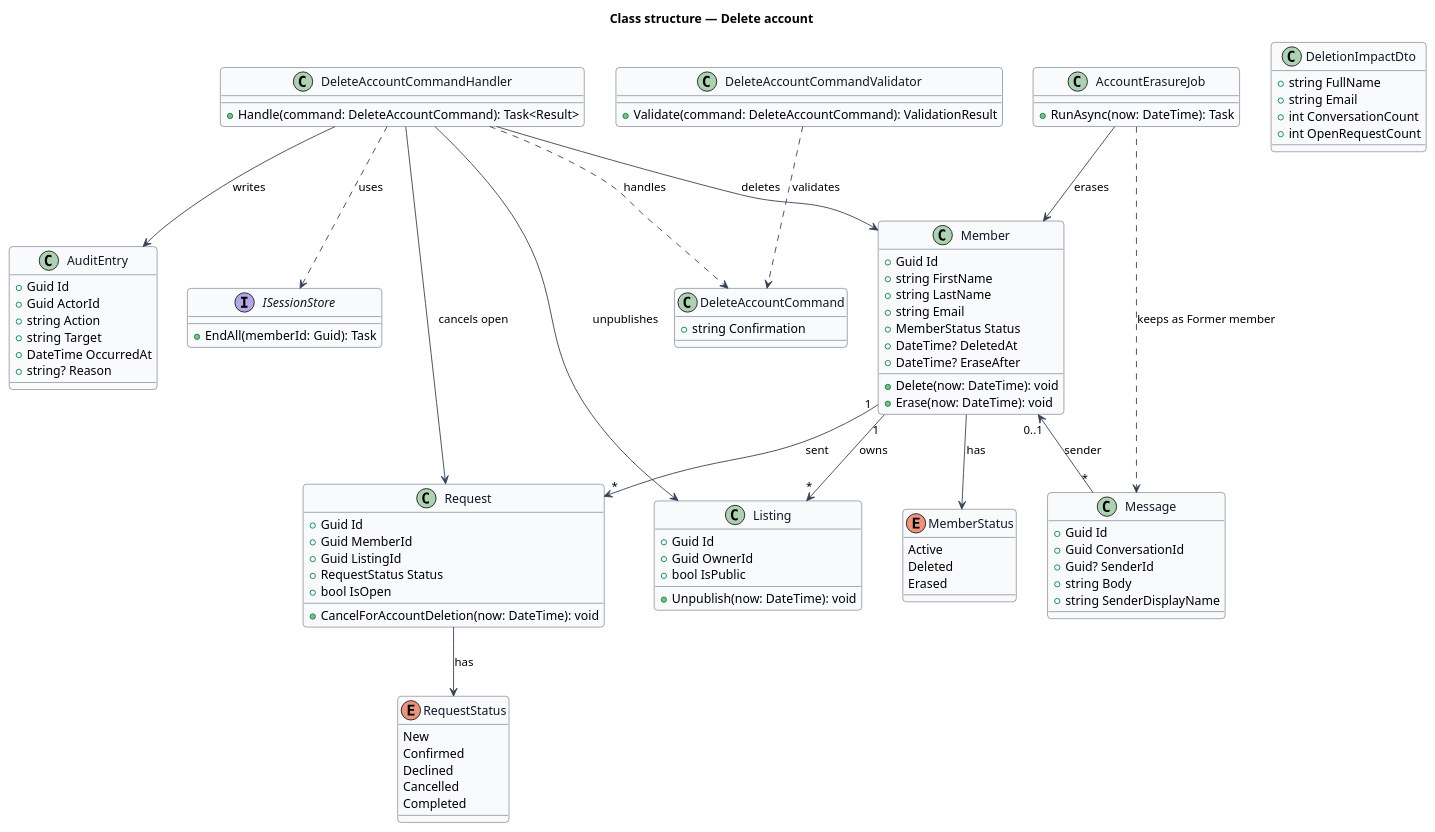
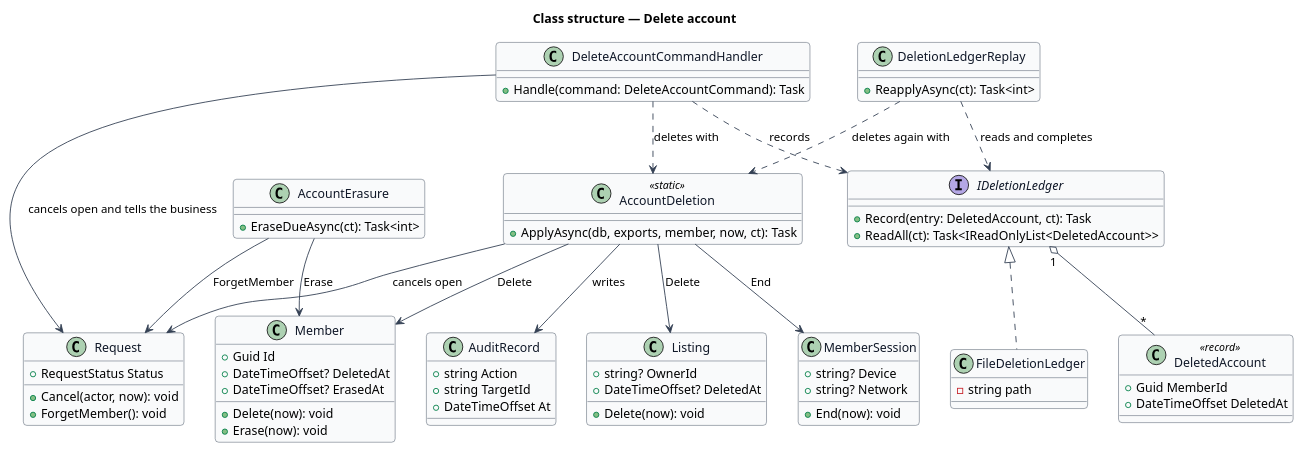
One commit to QuinntyneBrown/jubilee changed the diagram in docs/detailed-designs/accounts/delete-account/diagrams/class-structure.puml. Above: the diagram before and after it, drawn with PlantUML. The commit also changed 51 other files, not shown here.

First line of the commit message:
Journey 26: requirements, ADR 0069, designs and mocks for download data and delete account

```diff
--- a/docs/detailed-designs/accounts/delete-account/diagrams/class-structure.puml
+++ b/docs/detailed-designs/accounts/delete-account/diagrams/class-structure.puml
@@ -1,117 +1,92 @@
 @startuml
 ' --- shared skin header ---
 skinparam backgroundColor #FFFFFF
 skinparam shadowing false
 skinparam roundcorner 8
 skinparam defaultFontName Arial
 skinparam ArrowColor #344054
 skinparam class {
   BorderColor #344054
   FontColor #101828
   BackgroundColor #F9FAFB
 }
 ' --------------------------
 title Class structure — Delete account
 
-
-enum MemberStatus {
-  Active
-  Deleted
-  Erased
+class DeleteAccountCommandHandler {
+  +Handle(command: DeleteAccountCommand): Task
 }
 
-enum RequestStatus {
-  New
-  Confirmed
-  Declined
-  Cancelled
-  Completed
+class AccountDeletion <<static>> {
+  +ApplyAsync(db, exports, member, now, ct): Task
+}
+
+class DeletionLedgerReplay {
+  +ReapplyAsync(ct): Task<int>
+}
+
+class AccountErasure {
+  +EraseDueAsync(ct): Task<int>
+}
+
+interface IDeletionLedger {
+  +Record(entry: DeletedAccount, ct): Task
+  +ReadAll(ct): Task<IReadOnlyList<DeletedAccount>>
+}
+
+class FileDeletionLedger {
+  -string path
+}
+
+class DeletedAccount <<record>> {
+  +Guid MemberId
+  +DateTimeOffset DeletedAt
 }
 
 class Member {
   +Guid Id
-  +string FirstName
-  +string LastName
-  +string Email
-  +MemberStatus Status
-  +DateTime? DeletedAt
-  +DateTime? EraseAfter
-  +Delete(now: DateTime): void
-  +Erase(now: DateTime): void
+  +DateTimeOffset? DeletedAt
+  +DateTimeOffset? ErasedAt
+  +Delete(now): void
+  +Erase(now): void
 }
 
 class Request {
-  +Guid Id
-  +Guid MemberId
-  +Guid ListingId
   +RequestStatus Status
-  +bool IsOpen
-  +CancelForAccountDeletion(now: DateTime): void
+  +Cancel(actor, now): void
+  +ForgetMember(): void
 }
 
 class Listing {
-  +Guid Id
-  +Guid OwnerId
-  +bool IsPublic
-  +Unpublish(now: DateTime): void
+  +string? OwnerId
+  +DateTimeOffset? DeletedAt
+  +Delete(now): void
 }
 
-class Message {
-  +Guid Id
-  +Guid ConversationId
-  +Guid? SenderId
-  +string Body
-  +string SenderDisplayName
+class MemberSession {
+  +string? Device
+  +string? Network
+  +End(now): void
 }
 
-class AuditEntry {
-  +Guid Id
-  +Guid ActorId
+class AuditRecord {
   +string Action
-  +string Target
-  +DateTime OccurredAt
-  +string? Reason
+  +string TargetId
+  +DateTimeOffset At
 }
 
-class DeleteAccountCommand {
-  +string Confirmation
-}
-
-class DeleteAccountCommandValidator {
-  +Validate(command: DeleteAccountCommand): ValidationResult
-}
-
-class DeleteAccountCommandHandler {
-  +Handle(command: DeleteAccountCommand): Task<Result>
-}
-
-class DeletionImpactDto {
-  +string FullName
-  +string Email
-  +int ConversationCount
-  +int OpenRequestCount
-}
-
-class AccountErasureJob {
-  +RunAsync(now: DateTime): Task
-}
-
-interface ISessionStore {
-  +EndAll(memberId: Guid): Task
-}
-
-DeleteAccountCommandHandler ..> DeleteAccountCommand : handles
-DeleteAccountCommandValidator ..> DeleteAccountCommand : validates
-DeleteAccountCommandHandler --> Member : deletes
-DeleteAccountCommandHandler --> Request : cancels open
-DeleteAccountCommandHandler --> Listing : unpublishes
-DeleteAccountCommandHandler --> AuditEntry : writes
-DeleteAccountCommandHandler ..> ISessionStore : uses
-AccountErasureJob --> Member : erases
-AccountErasureJob ..> Message : keeps as Former member
-Member --> MemberStatus : has
-Request --> RequestStatus : has
-Member "1" --> "*" Request : sent
-Member "1" --> "*" Listing : owns
-Member "0..1" <-- "*" Message : sender
+DeleteAccountCommandHandler ..> AccountDeletion : deletes with
+DeleteAccountCommandHandler ..> IDeletionLedger : records
+DeleteAccountCommandHandler --> Request : cancels open and tells the business
+DeletionLedgerReplay ..> IDeletionLedger : reads and completes
+DeletionLedgerReplay ..> AccountDeletion : deletes again with
+AccountDeletion --> Member : Delete
+AccountDeletion --> Request : cancels open
+AccountDeletion --> Listing : Delete
+AccountDeletion --> MemberSession : End
+AccountDeletion --> AuditRecord : writes
+AccountErasure --> Member : Erase
+AccountErasure --> Request : ForgetMember
+IDeletionLedger <|.. FileDeletionLedger
+IDeletionLedger "1" o-- "*" DeletedAccount
 @enduml
```
